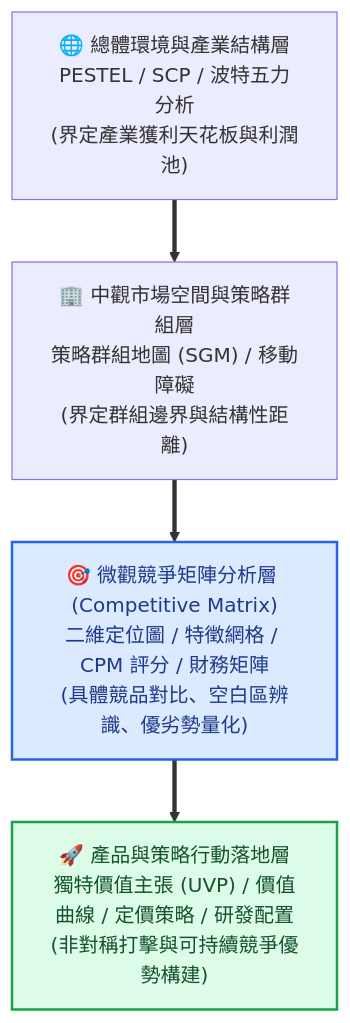
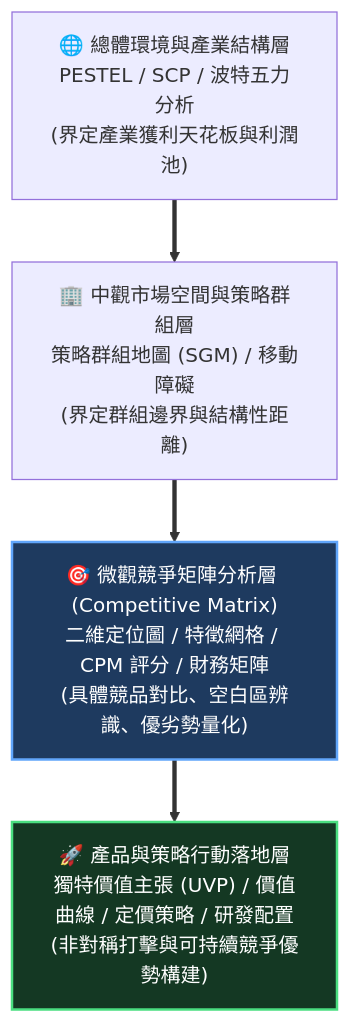
Before and after one commit to Jimlin0428/my-digital-garden: the first of 8 diagrams in src/site/notes/98_商業概念庫/competitive-matrix_競爭矩陣.md, drawn with Mermaid. The commit also changed other lines of this file and 58 other files, not shown here.

````diff
--- a/src/site/notes/98_商業概念庫/competitive-matrix_競爭矩陣.md
+++ b/src/site/notes/98_商業概念庫/competitive-matrix_競爭矩陣.md
@@ -32,12 +32,12 @@
 ```mermaid
 flowchart TD
     Macro["🌐 總體環境與產業結構層<br>PESTEL / SCP / 波特五力分析<br>(界定產業獲利天花板與利潤池)"]
     Group["🏢 中觀市場空間與策略群組層<br>策略群組地圖 (SGM) / 移動障礙<br>(界定群組邊界與結構性距離)"]
     Matrix["🎯 微觀競爭矩陣分析層 (Competitive Matrix)<br>二維定位圖 / 特徵網格 / CPM 評分 / 財務矩陣<br>(具體競品對比、空白區辨識、優劣勢量化)"]
     Action["🚀 產品與策略行動落地層<br>獨特價值主張 (UVP) / 價值曲線 / 定價策略 / 研發配置<br>(非對稱打擊與可持續競爭優勢構建)"]
 
     Macro ==> Group ==> Matrix ==> Action
 
-    style Matrix fill:#dbeafe,stroke:#2563eb,stroke-width:2px,color:#1e3a8a
-    style Action fill:#dcfce7,stroke:#16a34a,stroke-width:2px,color:#14532d
+    style Matrix fill:#1e3a5f,stroke:#60a5fa,stroke-width:2px,color:#ffffff
+    style Action fill:#143823,stroke:#4ade80,stroke-width:2px,color:#ffffff
 ```
````
